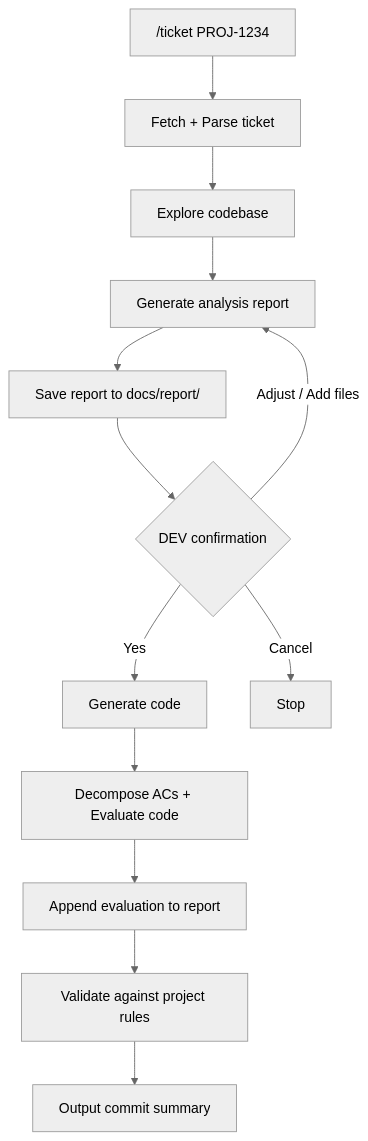
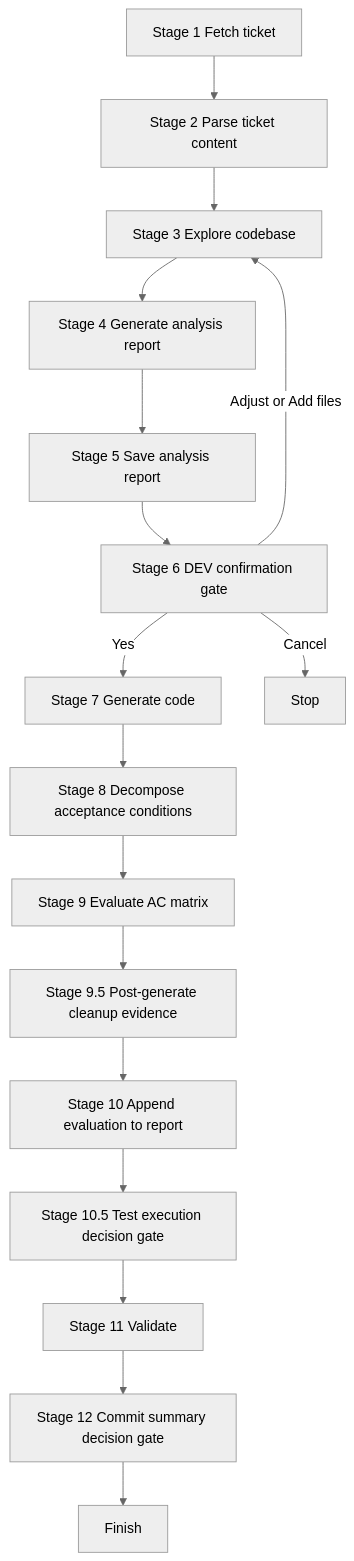
The diagram in README.md (tadev999/ticket2code), drawn with Mermaid (neutral theme) before and after one commit. The commit also changed other lines of this file, not shown here.

````diff
--- a/README.md
+++ b/README.md
@@ -53,15 +53,20 @@
 ```mermaid
 flowchart TD
-    A["/ticket PROJ-1234"] --> B["Fetch + Parse ticket"]
-    B --> C[Explore codebase]
-    C --> D[Generate analysis report]
-    D --> E["Save report to docs/report/"]
-    E --> F{DEV confirmation}
-    F -->|Yes| G[Generate code]
-    F -->|"Adjust / Add files"| D
+    A[Stage 1 Fetch ticket] --> B[Stage 2 Parse ticket content]
+    B --> C[Stage 3 Explore codebase]
+    C --> D[Stage 4 Generate analysis report]
+    D --> E[Stage 5 Save analysis report]
+    E --> F[Stage 6 DEV confirmation gate]
+    F -->|Yes| G[Stage 7 Generate code]
+    F -->|Adjust or Add files| C
     F -->|Cancel| Z[Stop]
-    G --> H["Decompose ACs + Evaluate code"]
-    H --> I[Append evaluation to report]
-    I --> J[Validate against project rules]
-    J --> K[Output commit summary]
+
+    G --> H[Stage 8 Decompose acceptance conditions]
+    H --> I[Stage 9 Evaluate AC matrix]
+    I --> J[Stage 9.5 Post-generate cleanup evidence]
+    J --> K[Stage 10 Append evaluation to report]
+    K --> L[Stage 10.5 Test execution decision gate]
+    L --> M[Stage 11 Validate]
+    M --> N[Stage 12 Commit summary decision gate]
+    N --> O[Finish]
 ```
````
